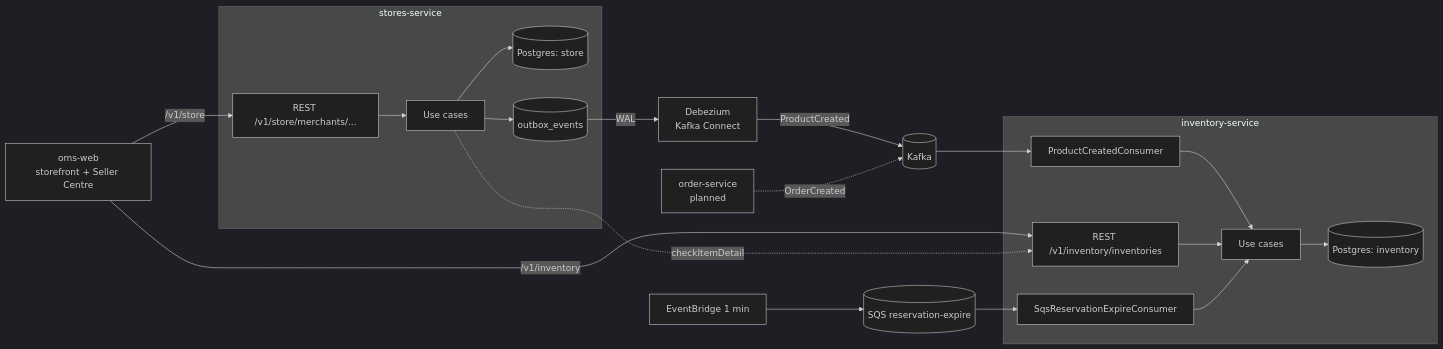
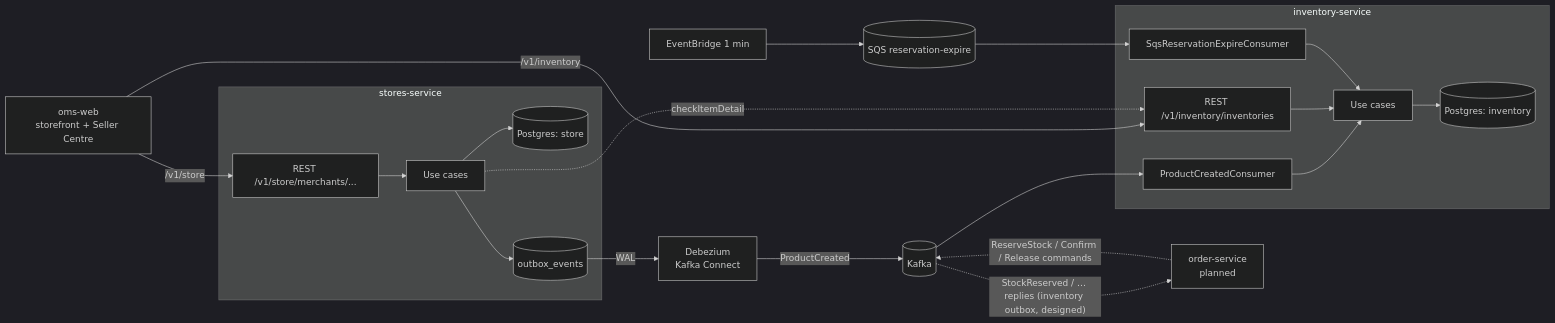
The diagram in architecture/system-overview.md (domt97/oms-workspace), drawn with Mermaid (dark theme) before and after one commit. The commit also changed 19 other files, not shown here.

Commit message:
docs: address plan-reviewer rounds 1-5 on stock commands (dedupe, tombstones, duplicate replies, skills, vision)

````diff
--- a/architecture/system-overview.md
+++ b/architecture/system-overview.md
@@ -3,22 +3,23 @@
 ```mermaid
 flowchart LR
     subgraph stores-service
         SAPI[REST /v1/store/merchants/...] --> SUC[Use cases]
         SUC --> SDB[(Postgres: store)]
         SUC --> OB[(outbox_events)]
     end
     OB -- WAL --> DBZ[Debezium<br/>Kafka Connect]
     DBZ -- ProductCreated --> K[(Kafka)]
     K --> PC[ProductCreatedConsumer]
     subgraph inventory-service
         PC --> IUC[Use cases]
         IAPI[REST /v1/inventory/inventories] --> IUC
         SQS[SqsReservationExpireConsumer] --> IUC
         IUC --> IDB[(Postgres: inventory)]
     end
     EB[EventBridge 1 min] --> Q[(SQS reservation-expire)] --> SQS
-    ORD[order-service<br/>planned] -. OrderCreated .-> K
+    ORD[order-service<br/>planned] -. ReserveStock / Confirm / Release commands .-> K
+    K -. StockReserved / … replies (inventory outbox, designed) .-> ORD
     WEB[oms-web<br/>storefront + Seller Centre] -- /v1/store --> SAPI
     WEB -- /v1/inventory --> IAPI
     SUC -. checkItemDetail .-> IAPI
 ```
````
